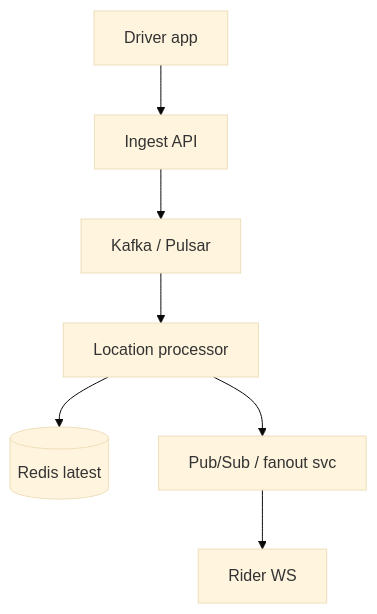
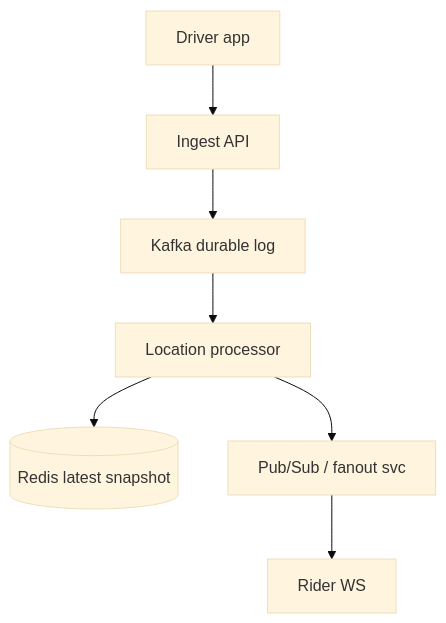
Before and after one commit to rajsaurabh1000/HLD: the first of 2 diagrams in Real-Time Driver Tracking System.md, drawn with Mermaid (base theme). The commit also changed other lines of this file, not shown here.

````diff
--- a/Real-Time Driver Tracking System.md
+++ b/Real-Time Driver Tracking System.md
@@ -108,12 +180,12 @@
 ```mermaid
 flowchart TB
   D[Driver app]
   ING[Ingest API]
-  K[Kafka / Pulsar]
+  K[Kafka durable log]
   LP[Location processor]
-  RU[(Redis latest)]
+  RU[(Redis latest snapshot)]
   PS[Pub/Sub / fanout svc]
   R[Rider WS]
   D --> ING --> K --> LP --> RU
   LP --> PS --> R
 ```
````
